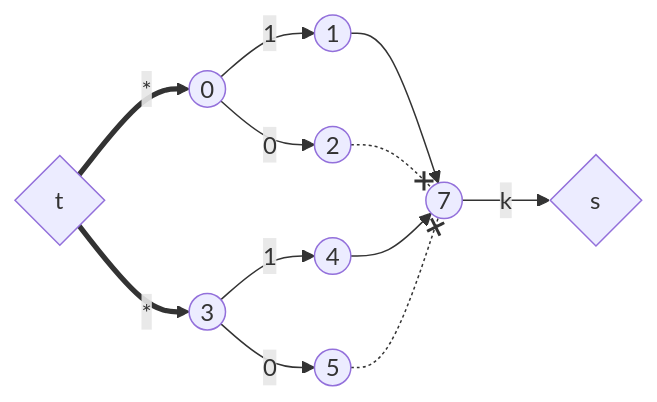
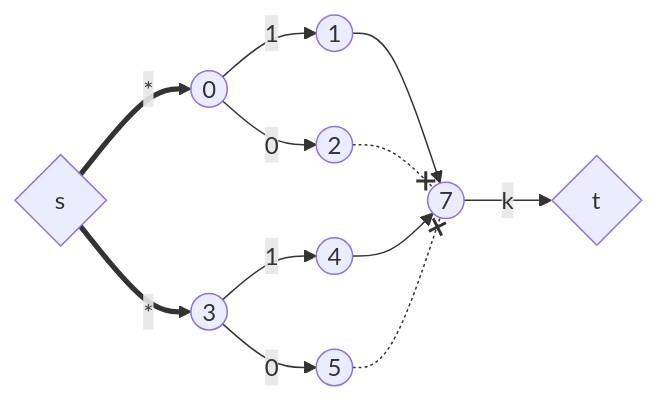
The third of 5 diagrams in sem2/AuW/PV/cx/tour-de-suisse.md (bfeitknecht/vault), drawn with Mermaid before and after one commit. The commit also changed other lines of this file, not shown here.

````diff
--- a/sem2/AuW/PV/cx/tour-de-suisse.md
+++ b/sem2/AuW/PV/cx/tour-de-suisse.md
@@ -160,38 +160,38 @@
 ```mermaid
 flowchart LR
 
 idS{s}
 idT{t}
 
 ids0((0))
 ids1((3))
 
 ids0p1((1))
 ids0p2((2))
 
 ids1p1((4))
 ids1p2((5))
 
 idb0((7))
 
 %%%%%%%%%%%%%%%%%%%%%%%%%%%%%%%%%%%%%%
 
-idT ==>|"*"| ids0 & ids1
+idS ==>|"*"| ids0 & ids1
 
 ids0 -->|"1"| ids0p1
 ids0 -->|"0"| ids0p2
 
 ids1 -->|"1"| ids1p1
 ids1 -->|"0"| ids1p2
 
 ids0p1 --> idb0
 ids0p2 -.-x idb0
 
 ids1p1 --> idb0
 ids1p2 -.-x idb0
 
 
 
-idb0 -->|"k"| idS
+idb0 -->|"k"| idT
 
 ```
````
